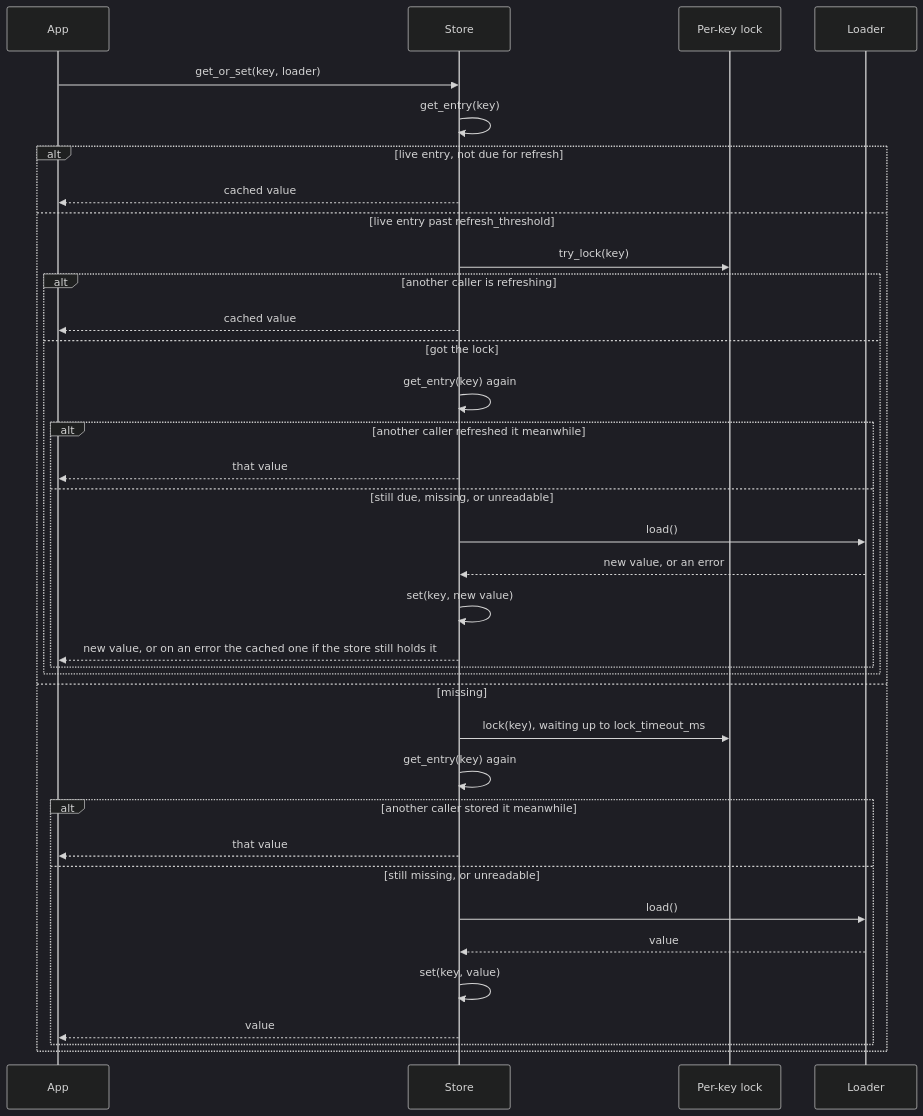
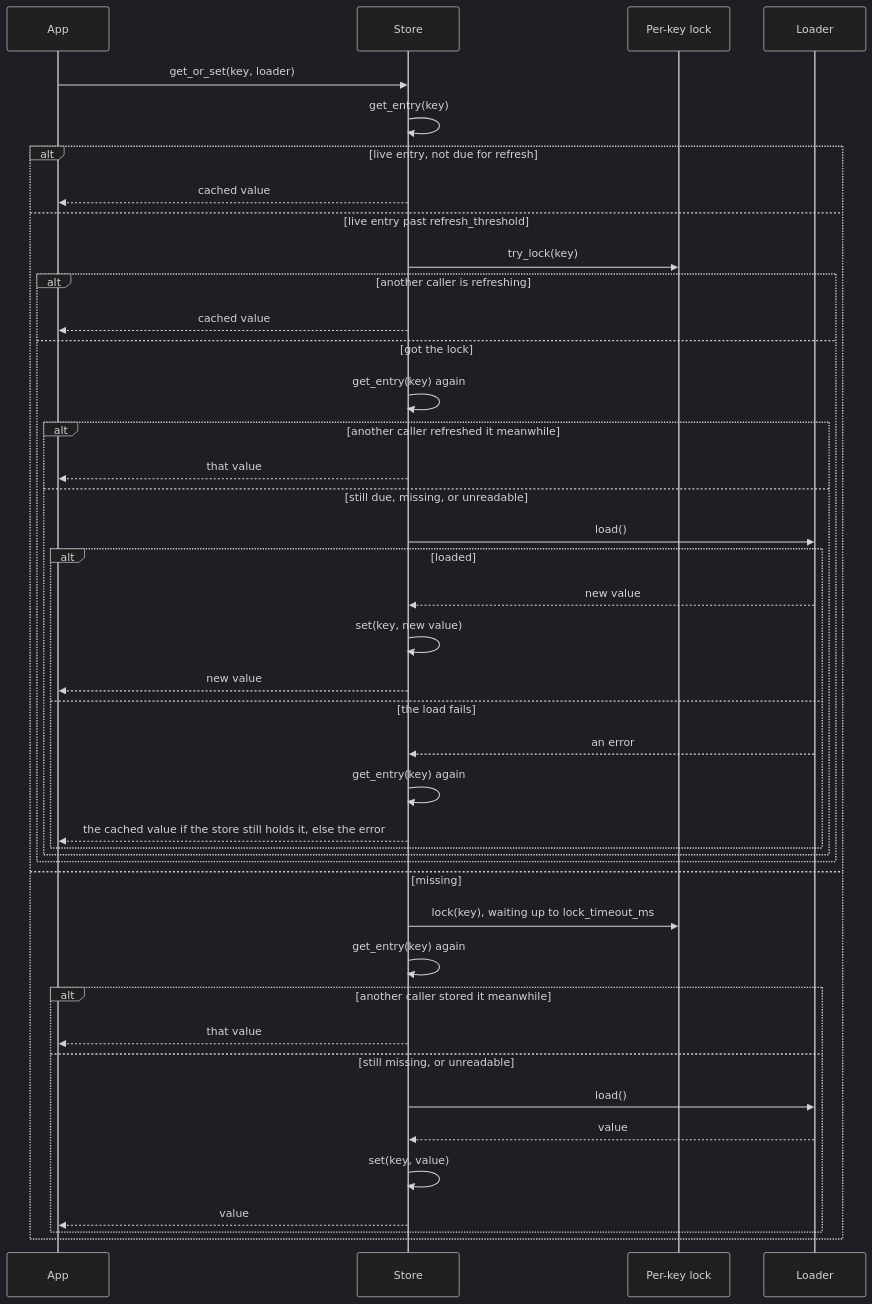
The first of 8 diagrams in docs/02-flows.md (sisaio/sisa-caching-rs), drawn with Mermaid (dark theme) before and after one commit.

Commit message:
docs: show that a refresh stores only a value it loaded
The get_or_set diagram showed the refresh path storing whatever the
load returned. Only a loaded value is stored. On an error the store is
read again, and the cached value is served if it is still there.

````diff
--- a/docs/02-flows.md
+++ b/docs/02-flows.md
@@ -11,39 +11,45 @@
 ```mermaid
 sequenceDiagram
     participant App
     participant Store
     participant Lock as Per-key lock
     participant Loader
 
     App->>Store: get_or_set(key, loader)
     Store->>Store: get_entry(key)
     alt live entry, not due for refresh
         Store-->>App: cached value
     else live entry past refresh_threshold
         Store->>Lock: try_lock(key)
         alt another caller is refreshing
             Store-->>App: cached value
         else got the lock
             Store->>Store: get_entry(key) again
             alt another caller refreshed it meanwhile
                 Store-->>App: that value
             else still due, missing, or unreadable
                 Store->>Loader: load()
-                Loader-->>Store: new value, or an error
-                Store->>Store: set(key, new value)
-                Store-->>App: new value, or on an error the cached one if the store still holds it
+                alt loaded
+                    Loader-->>Store: new value
+                    Store->>Store: set(key, new value)
+                    Store-->>App: new value
+                else the load fails
+                    Loader-->>Store: an error
+                    Store->>Store: get_entry(key) again
+                    Store-->>App: the cached value if the store still holds it, else the error
+                end
             end
         end
     else missing
         Store->>Lock: lock(key), waiting up to lock_timeout_ms
         Store->>Store: get_entry(key) again
         alt another caller stored it meanwhile
             Store-->>App: that value
         else still missing, or unreadable
             Store->>Loader: load()
             Loader-->>Store: value
             Store->>Store: set(key, value)
             Store-->>App: value
         end
     end
 ```
````
